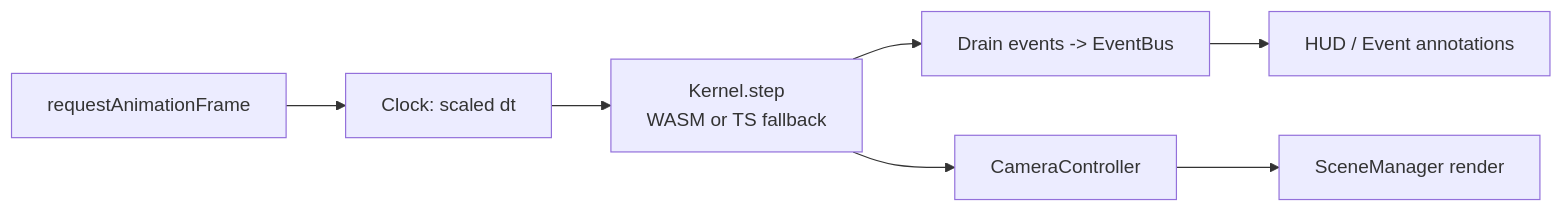
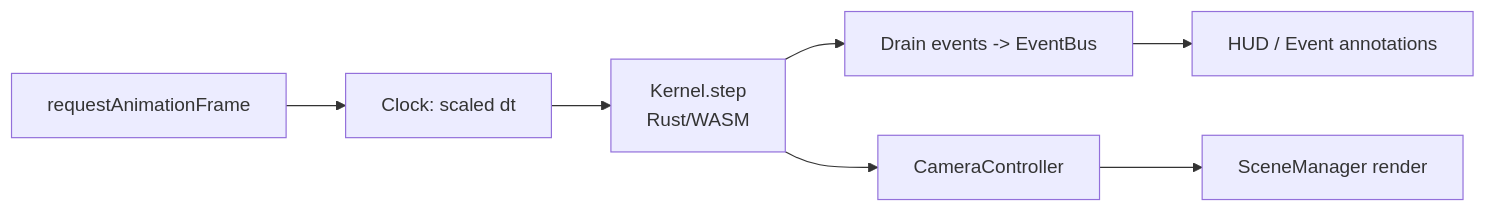
Before and after one commit to amoilanen/star-system-simulation: the diagram in CONTRIBUTING.md, drawn with Mermaid. The commit also changed other lines of this file and 45 other files, not shown here.

````diff
--- a/CONTRIBUTING.md
+++ b/CONTRIBUTING.md
@@ -31,9 +31,9 @@
 ```mermaid
 flowchart LR
   A[requestAnimationFrame] --> B[Clock: scaled dt]
-  B --> C[Kernel.step<br/>WASM or TS fallback]
+  B --> C[Kernel.step<br/>Rust/WASM]
   C --> D[Drain events -> EventBus]
   D --> E[HUD / Event annotations]
   C --> F[CameraController]
   F --> G[SceneManager render]
 ```
````
